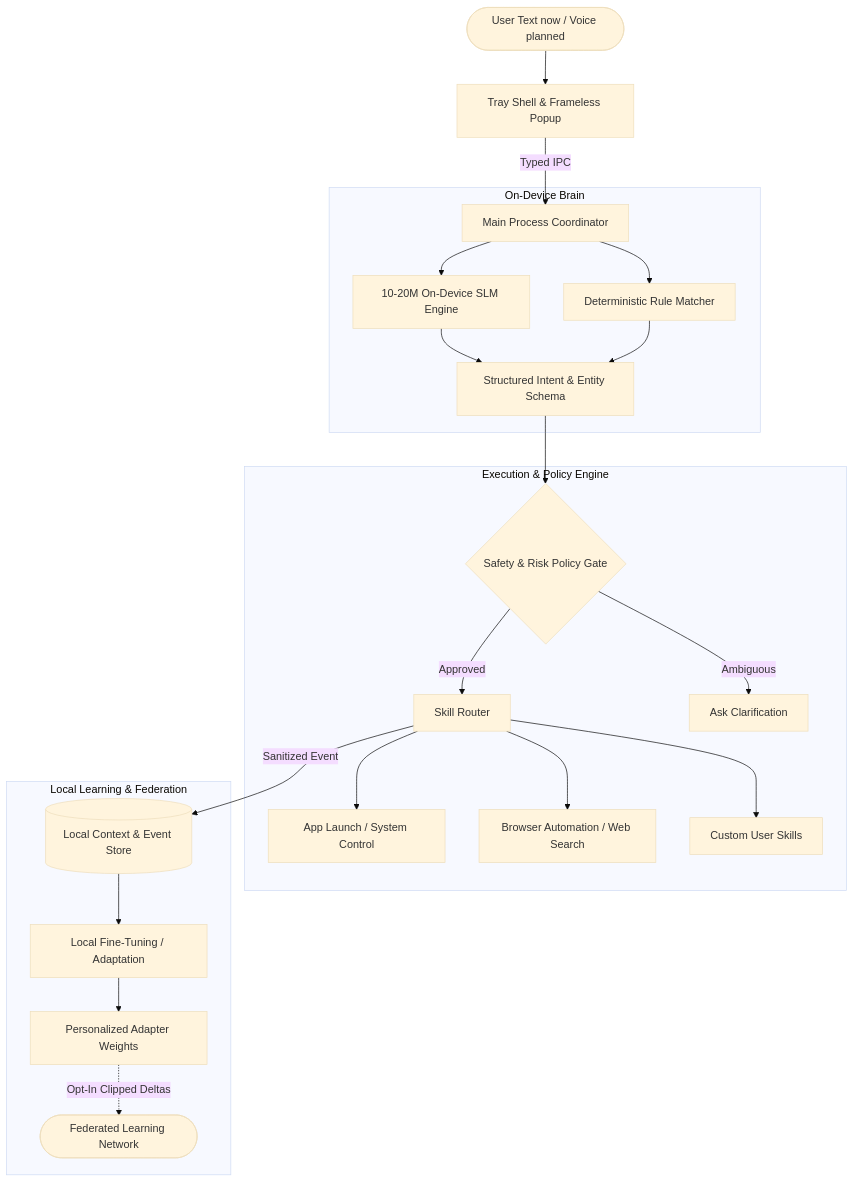
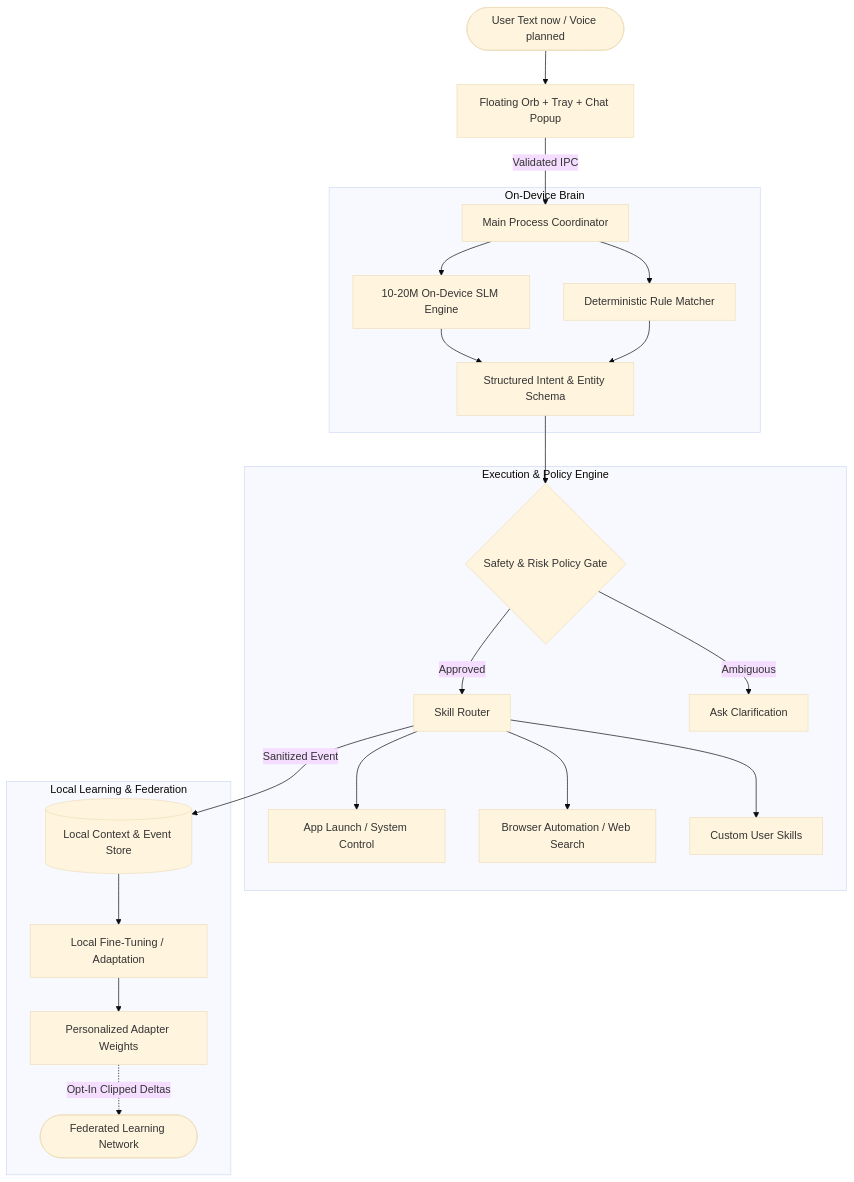
The diagram in docs/architecture.md (vednarvekar/Ve), drawn with Mermaid (base theme) before and after one commit. The commit also changed other lines of this file and 26 other files, not shown here.

````diff
--- a/docs/architecture.md
+++ b/docs/architecture.md
@@ -11,28 +11,28 @@
 ```mermaid
 flowchart TD
-    User([User Text now / Voice planned]) --> TrayUI[Tray Shell & Frameless Popup]
-    TrayUI -->|Typed IPC| MainCoord[Main Process Coordinator]
+    User([User Text now / Voice planned]) --> TrayUI[Floating Orb + Tray + Chat Popup]
+    TrayUI -->|Validated IPC| MainCoord[Main Process Coordinator]
     
     subgraph Brain ["On-Device Brain"]
         MainCoord --> SLM[10-20M On-Device SLM Engine]
         MainCoord --> Fallback[Deterministic Rule Matcher]
         SLM --> Intent[Structured Intent & Entity Schema]
         Fallback --> Intent
     end
 
     subgraph CoreEngine ["Execution & Policy Engine"]
         Intent --> Gate{Safety & Risk Policy Gate}
         Gate -->|Approved| Router[Skill Router]
         Gate -->|Ambiguous| Clarify[Ask Clarification]
         Router --> S1[App Launch / System Control]
         Router --> S2[Browser Automation / Web Search]
         Router --> S3[Custom User Skills]
     end
 
     subgraph DataAndLearning ["Local Learning & Federation"]
         Router -->|Sanitized Event| LocalDB[(Local Context & Event Store)]
         LocalDB --> LocalTrainer[Local Fine-Tuning / Adaptation]
         LocalTrainer --> LocalWeights[Personalized Adapter Weights]
         LocalWeights -.->|Opt-In Clipped Deltas| FedAggregator([Federated Learning Network])
     end
 ```
````
